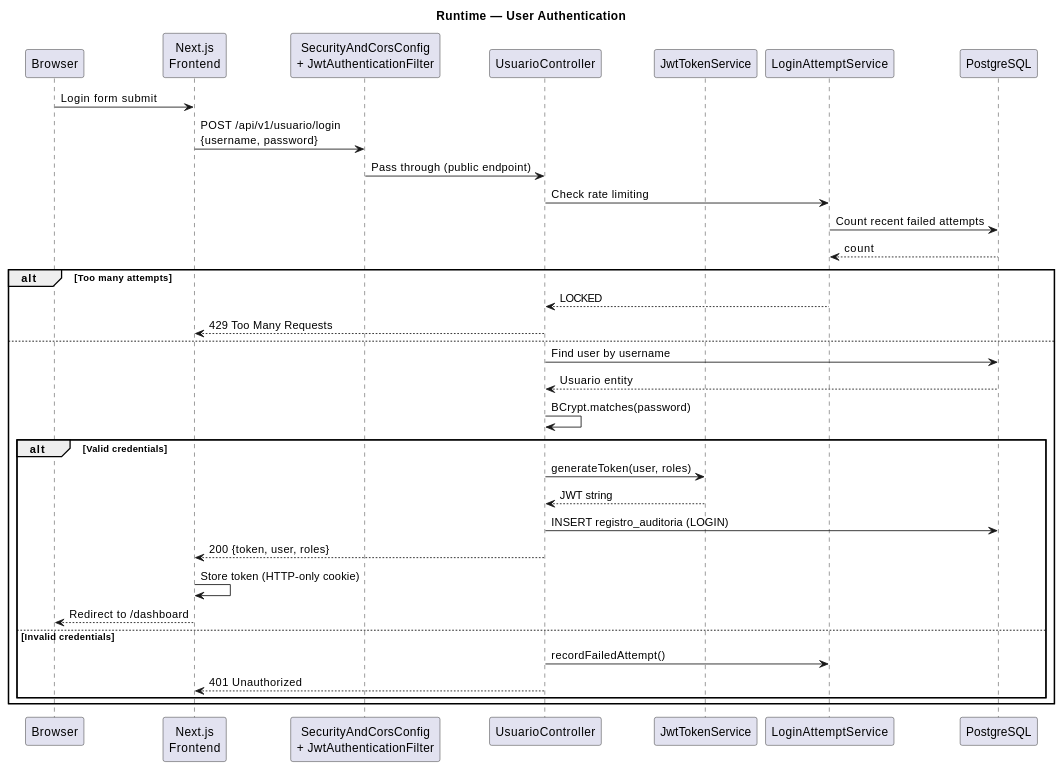
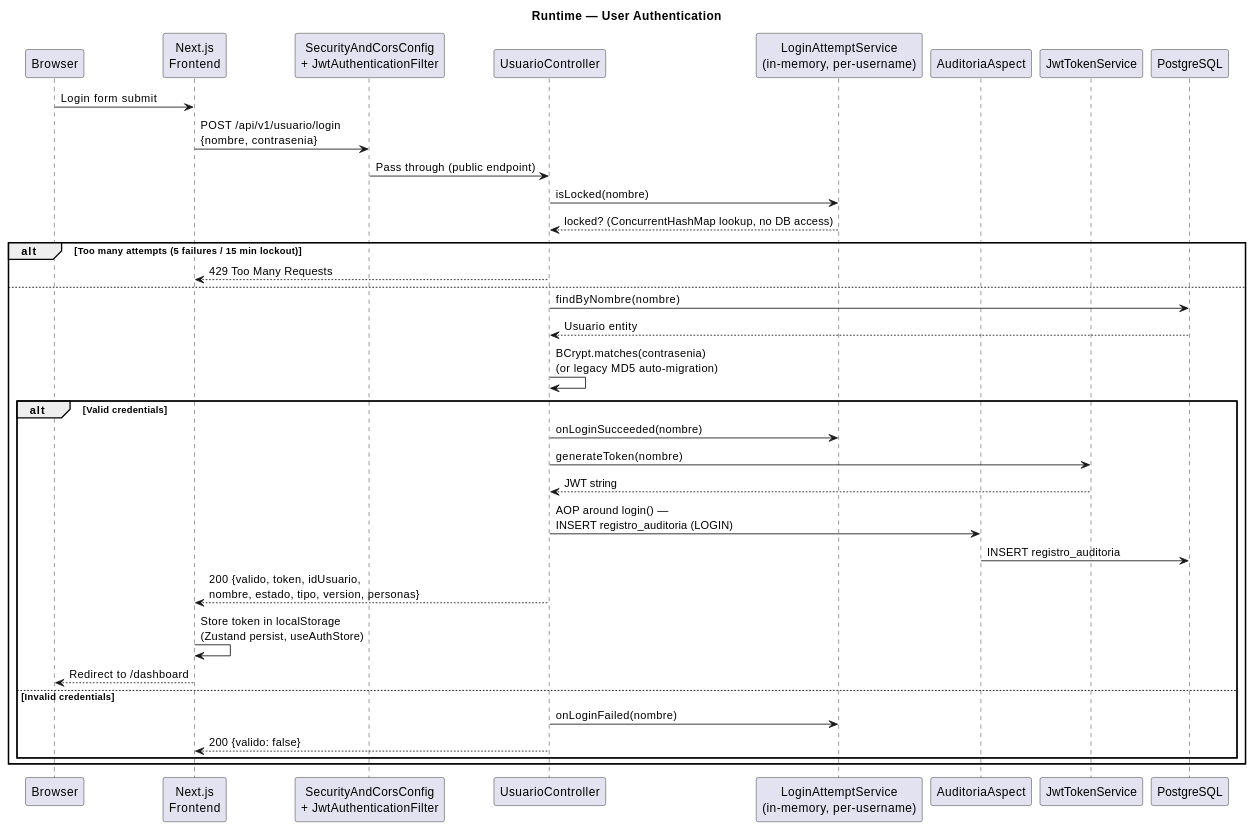
One commit to matiaspakua/notaire changed the ninth of 14 diagrams in docs/200-architecture/201-SAD/sad.md. Above: the diagram before and after it, drawn with PlantUML. The commit also changed other lines of this file and 18 other files, not shown here.

````diff
--- a/docs/200-architecture/201-SAD/sad.md
+++ b/docs/200-architecture/201-SAD/sad.md
@@ -637,39 +636,40 @@
 ```plantuml
 @startuml
 title Runtime — User Authentication
 
 participant "Browser" as B
 participant "Next.js\nFrontend" as FE
 participant "SecurityAndCorsConfig\n+ JwtAuthenticationFilter" as Sec
 participant "UsuarioController" as Ctrl
+participant "LoginAttemptService\n(in-memory, per-username)" as Login
+participant "AuditoriaAspect" as Audit
 participant "JwtTokenService" as JWT
-participant "LoginAttemptService" as Login
 participant "PostgreSQL" as DB
 
 B -> FE : Login form submit
-FE -> Sec : POST /api/v1/usuario/login\n{username, password}
+FE -> Sec : POST /api/v1/usuario/login\n{nombre, contrasenia}
 Sec -> Ctrl : Pass through (public endpoint)
-Ctrl -> Login : Check rate limiting
-Login -> DB : Count recent failed attempts
-DB --> Login : count
-alt Too many attempts
-  Login --> Ctrl : LOCKED
+Ctrl -> Login : isLocked(nombre)
+Login --> Ctrl : locked? (ConcurrentHashMap lookup, no DB access)
+alt Too many attempts (5 failures / 15 min lockout)
   Ctrl --> FE : 429 Too Many Requests
 else
-  Ctrl -> DB : Find user by username
+  Ctrl -> DB : findByNombre(nombre)
   DB --> Ctrl : Usuario entity
-  Ctrl -> Ctrl : BCrypt.matches(password)
+  Ctrl -> Ctrl : BCrypt.matches(contrasenia)\n(or legacy MD5 auto-migration)
   alt Valid credentials
-    Ctrl -> JWT : generateToken(user, roles)
+    Ctrl -> Login : onLoginSucceeded(nombre)
+    Ctrl -> JWT : generateToken(nombre)
     JWT --> Ctrl : JWT string
-    Ctrl -> DB : INSERT registro_auditoria (LOGIN)
-    Ctrl --> FE : 200 {token, user, roles}
-    FE -> FE : Store token (HTTP-only cookie)
+    Ctrl -> Audit : AOP around login() —\nINSERT registro_auditoria (LOGIN)
+    Audit -> DB : INSERT registro_auditoria
+    Ctrl --> FE : 200 {valido, token, idUsuario,\nnombre, estado, tipo, version, personas}
+    FE -> FE : Store token in localStorage\n(Zustand persist, useAuthStore)
     FE --> B : Redirect to /dashboard
   else Invalid credentials
-    Ctrl -> Login : recordFailedAttempt()
-    Ctrl --> FE : 401 Unauthorized
+    Ctrl -> Login : onLoginFailed(nombre)
+    Ctrl --> FE : 200 {valido: false}
   end
 end
 @enduml
 ```
````
